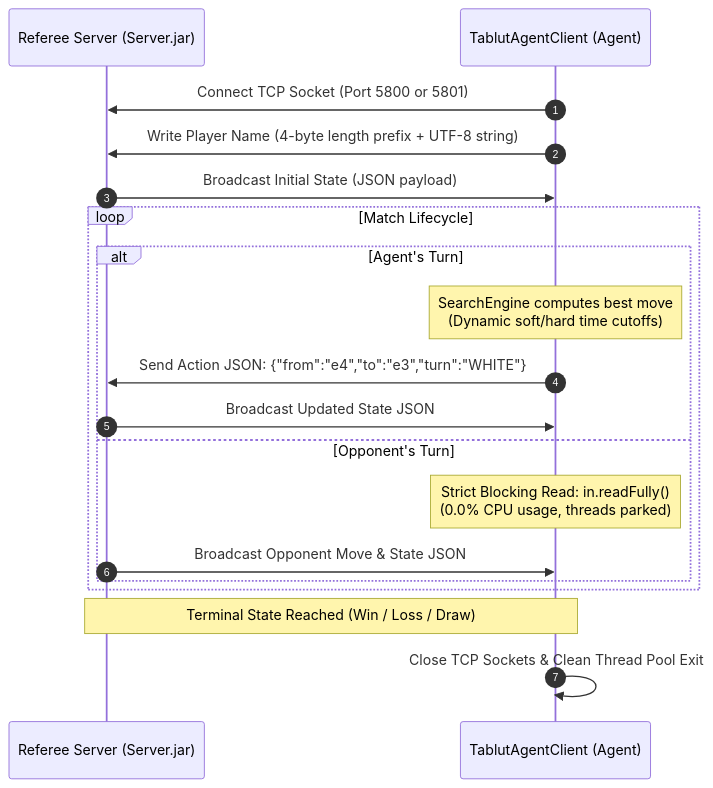
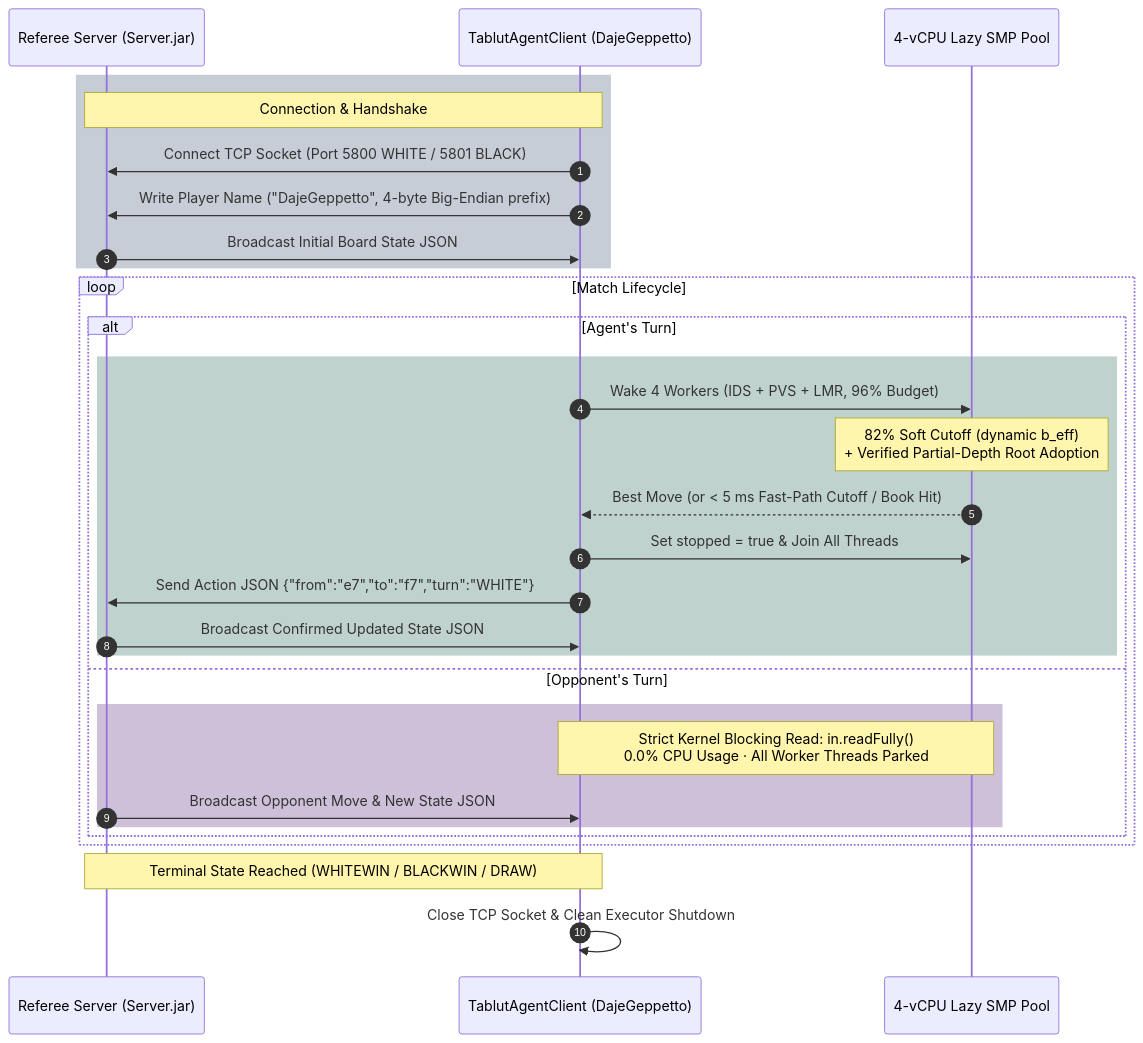
The first of 2 diagrams in docs/wiki/07-Protocol-CLI-and-Execution.md (MercuryDCD/Tablut-FundamentalsAIMASTER), drawn with Mermaid before and after one commit. The commit also changed other lines of this file and 14 other files, not shown here.

Commit message:
docs: upgrade README and wiki with vector SVG diagrams and styled Mermaid charts

````diff
--- a/docs/wiki/07-Protocol-CLI-and-Execution.md
+++ b/docs/wiki/07-Protocol-CLI-and-Execution.md
@@ -51,24 +51,35 @@
 ```mermaid
 sequenceDiagram
     autonumber
     participant Server as Referee Server (Server.jar)
-    participant Client as TablutAgentClient (Agent)
-    
-    Client->>Server: Connect TCP Socket (Port 5800 or 5801)
-    Client->>Server: Write Player Name (4-byte length prefix + UTF-8 string)
-    Server->>Client: Broadcast Initial State (JSON payload)
-    
+    participant Client as TablutAgentClient (DajeGeppetto)
+    participant Pool as 4-vCPU Lazy SMP Pool
+
+    rect rgba(30, 58, 95, 0.25)
+        Note over Server,Client: Connection & Handshake
+        Client->>Server: Connect TCP Socket (Port 5800 WHITE / 5801 BLACK)
+        Client->>Server: Write Player Name ("DajeGeppetto", 4-byte Big-Endian prefix)
+        Server->>Client: Broadcast Initial Board State JSON
+    end
+
     loop Match Lifecycle
         alt Agent's Turn
-            Note over Client: SearchEngine computes best move<br/>(Dynamic soft/hard time cutoffs)
-            Client->>Server: Send Action JSON: {"from":"e4","to":"e3","turn":"WHITE"}
-            Server->>Client: Broadcast Updated State JSON
+            rect rgba(6, 78, 59, 0.25)
+                Client->>Pool: Wake 4 Workers (IDS + PVS + LMR, 96% Budget)
+                Note over Pool: 82% Soft Cutoff (dynamic b_eff)<br/>+ Verified Partial-Depth Root Adoption
+                Pool-->>Client: Best Move (or < 5 ms Fast-Path Cutoff / Book Hit)
+                Client->>Pool: Set stopped = true & Join All Threads
+                Client->>Server: Send Action JSON {"from":"e7","to":"f7","turn":"WHITE"}
+                Server->>Client: Broadcast Confirmed Updated State JSON
+            end
         else Opponent's Turn
-            Note over Client: Strict Blocking Read: in.readFully()<br/>(0.0% CPU usage, threads parked)
-            Server->>Client: Broadcast Opponent Move & State JSON
+            rect rgba(59, 7, 100, 0.25)
+                Note over Client,Pool: Strict Kernel Blocking Read: in.readFully()<br/>0.0% CPU Usage · All Worker Threads Parked
+                Server->>Client: Broadcast Opponent Move & New State JSON
+            end
         end
     end
-    
-    Note over Server,Client: Terminal State Reached (Win / Loss / Draw)
-    Client->>Client: Close TCP Sockets & Clean Thread Pool Exit
+
+    Note over Server,Client: Terminal State Reached (WHITEWIN / BLACKWIN / DRAW)
+    Client->>Client: Close TCP Socket & Clean Executor Shutdown
 ```
````
